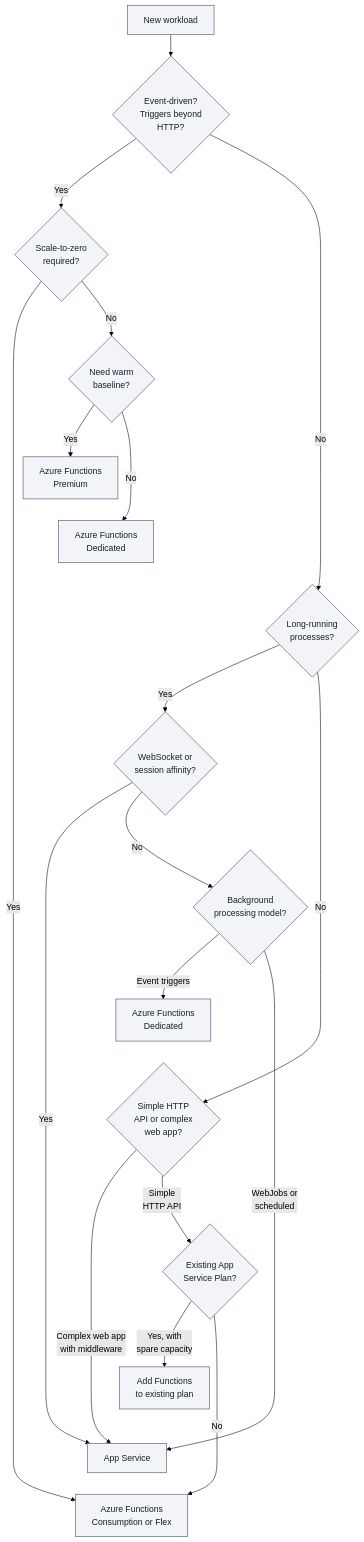
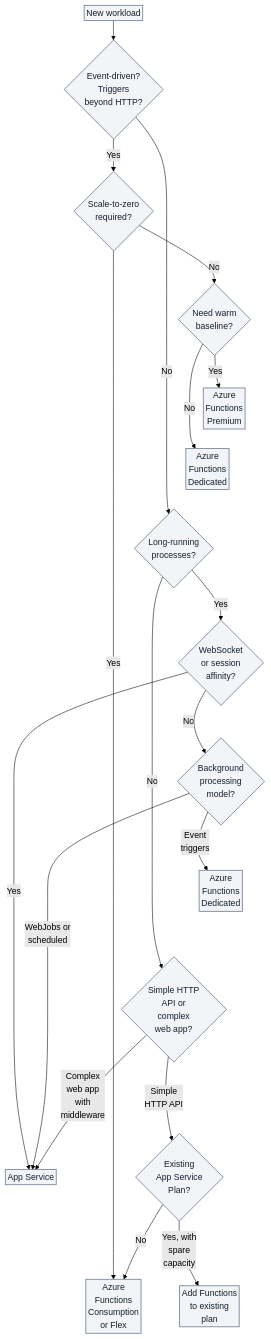
Before and after one commit to yeongseon/azure-functions-practical-guide: the first of 2 diagrams in docs/platform/functions-vs-app-service.md, drawn with Mermaid (forest theme). The commit also changed 1 other file, not shown here.

Commit message:
docs(diagrams): make functions-vs-app-service decision tree legible on narrow screens (#573)

````diff
--- a/docs/platform/functions-vs-app-service.md
+++ b/docs/platform/functions-vs-app-service.md
@@ -112,36 +112,34 @@
 ```mermaid
-%%{init: {'flowchart': {'nodeSpacing': 8, 'rankSpacing': 40}}}%%
+%%{init: {'flowchart': {'nodeSpacing': 6, 'rankSpacing': 36, 'padding': 2}}}%%
 flowchart TD
     accTitle: Functions versus App Service workload decisions
     accDescr: Illustrative service-selection heuristic retaining every original question, branch and outcome. Hosting-plan and trigger qualifications immediately below the figure apply to the suggested choices.
-    A[New workload] --> B{"Event-driven?<br/>Triggers beyond<br/>HTTP?"}
+    A[New workload] --> B{"Event-driven?<br/>Triggers<br/>beyond HTTP?"}
     B -->|Yes| C{"Scale-to-zero<br/>required?"}
     B -->|No| D{"Long-running<br/>processes?"}
-    C -->|Yes| E["Azure Functions<br/>Consumption or Flex"]
+    C -->|Yes| E["Azure<br/>Functions<br/>Consumption<br/>or Flex"]
     C -->|No| F{"Need warm<br/>baseline?"}
-    F -->|Yes| G["Azure Functions<br/>Premium"]
-    F -->|No| H["Azure Functions<br/>Dedicated"]
-    D -->|Yes| I{"WebSocket or<br/>session affinity?"}
-    D -->|No| J{"Simple HTTP<br/>API or complex<br/>web app?"}
+    F -->|Yes| G["Azure<br/>Functions<br/>Premium"]
+    F -->|No| H["Azure<br/>Functions<br/>Dedicated"]
+    D -->|Yes| I{"WebSocket<br/>or session<br/>affinity?"}
+    D -->|No| J{"Simple HTTP<br/>API or<br/>complex<br/>web app?"}
     I -->|Yes| K[App Service]
-    I -->|No| L{"Background<br/>processing model?"}
-    L -->|Event triggers| M["Azure Functions<br/>Dedicated"]
+    I -->|No| L{"Background<br/>processing<br/>model?"}
+    L -->|"Event<br/>triggers"| M["Azure<br/>Functions<br/>Dedicated"]
     L -->|"WebJobs or<br/>scheduled"| K
-    J -->|"Complex web app<br/>with middleware"| K
-    J -->|"Simple<br/>HTTP API"| N{"Existing App<br/>Service Plan?"}
-    N -->|"Yes, with<br/>spare capacity"| P["Add Functions<br/>to existing plan"]
+    J -->|"Complex<br/>web app<br/>with<br/>middleware"| K
+    J -->|"Simple<br/>HTTP API"| N{"Existing<br/>App Service<br/>Plan?"}
+    N -->|"Yes, with<br/>spare<br/>capacity"| P["Add Functions<br/>to existing<br/>plan"]
     N -->|No| E
     %% Layout-only links tier the original choices; they add no decisions or semantic arrows.
     F ~~~ G
     G ~~~ H
     H ~~~ D
     I ~~~ L
     L ~~~ M
     M ~~~ J
     J ~~~ N
     N ~~~ P
-    P ~~~ K
-    K ~~~ E
     classDef neutral fill:#f2f4f8,stroke:#707e93,stroke-width:1.5px,color:#14202e;
     class A,B,C,D,E,F,G,H,I,J,K,L,M,N,P neutral;
 ```
````
